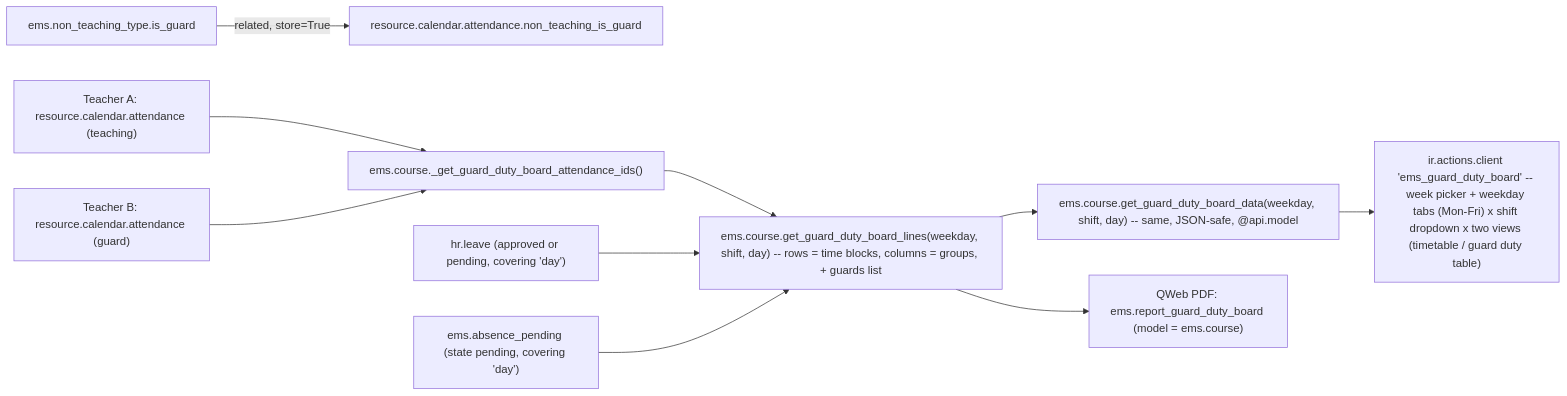
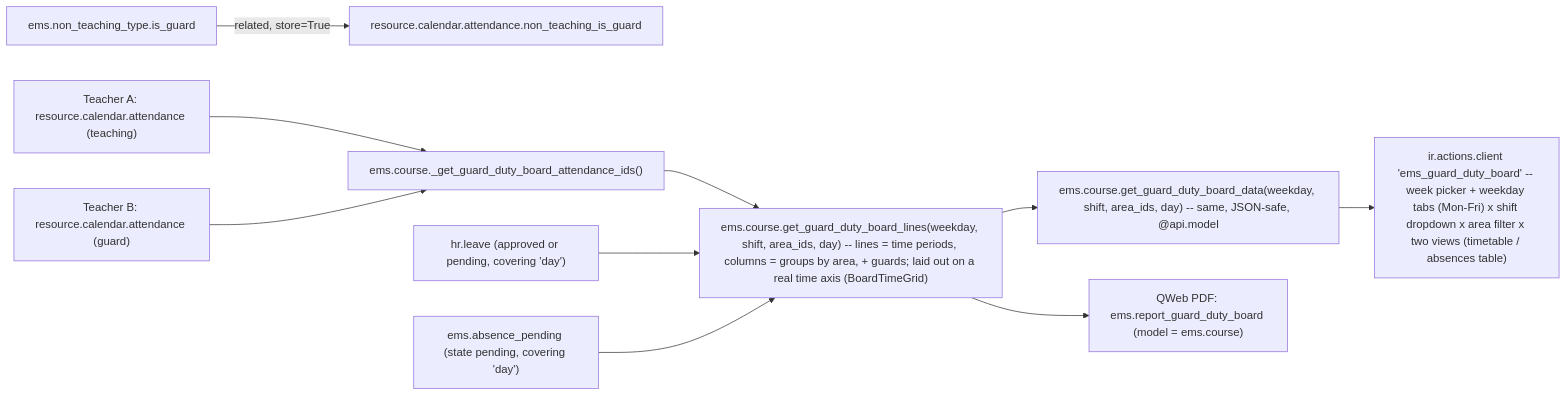
Before and after one commit to ElPuig/EMS: the first of 5 diagrams in docs/en/developers/attendance/guard_duty_board.md, drawn with Mermaid. The commit also changed other lines of this file and 128 other files, not shown here.

````diff
--- a/docs/en/developers/attendance/guard_duty_board.md
+++ b/docs/en/developers/attendance/guard_duty_board.md
@@ -14,12 +14,12 @@
 ```mermaid
 flowchart LR
     NT["ems.non_teaching_type.is_guard"] -->|related, store=True| ATT["resource.calendar.attendance.non_teaching_is_guard"]
     T1["Teacher A: resource.calendar.attendance (teaching)"] --> AGG["ems.course._get_guard_duty_board_attendance_ids()"]
     T2["Teacher B: resource.calendar.attendance (guard)"] --> AGG
-    AGG --> LINES["ems.course.get_guard_duty_board_lines(weekday, shift, day) -- rows = time blocks, columns = groups, + guards list"]
+    AGG --> LINES["ems.course.get_guard_duty_board_lines(weekday, shift, area_ids, day) -- lines = time periods, columns = groups by area, + guards; laid out on a real time axis (BoardTimeGrid)"]
     ABS["hr.leave (approved or pending, covering 'day')"] --> LINES
     PTR["ems.absence_pending (state pending, covering 'day')"] --> LINES
-    LINES --> DATA["ems.course.get_guard_duty_board_data(weekday, shift, day) -- same, JSON-safe, @api.model"]
+    LINES --> DATA["ems.course.get_guard_duty_board_data(weekday, shift, area_ids, day) -- same, JSON-safe, @api.model"]
     LINES --> PDF["QWeb PDF: ems.report_guard_duty_board (model = ems.course)"]
-    DATA --> W["ir.actions.client 'ems_guard_duty_board' -- week picker + weekday tabs (Mon-Fri) x shift dropdown x two views (timetable / guard duty table)"]
+    DATA --> W["ir.actions.client 'ems_guard_duty_board' -- week picker + weekday tabs (Mon-Fri) x shift dropdown x area filter x two views (timetable / absences table)"]
 ```
````
